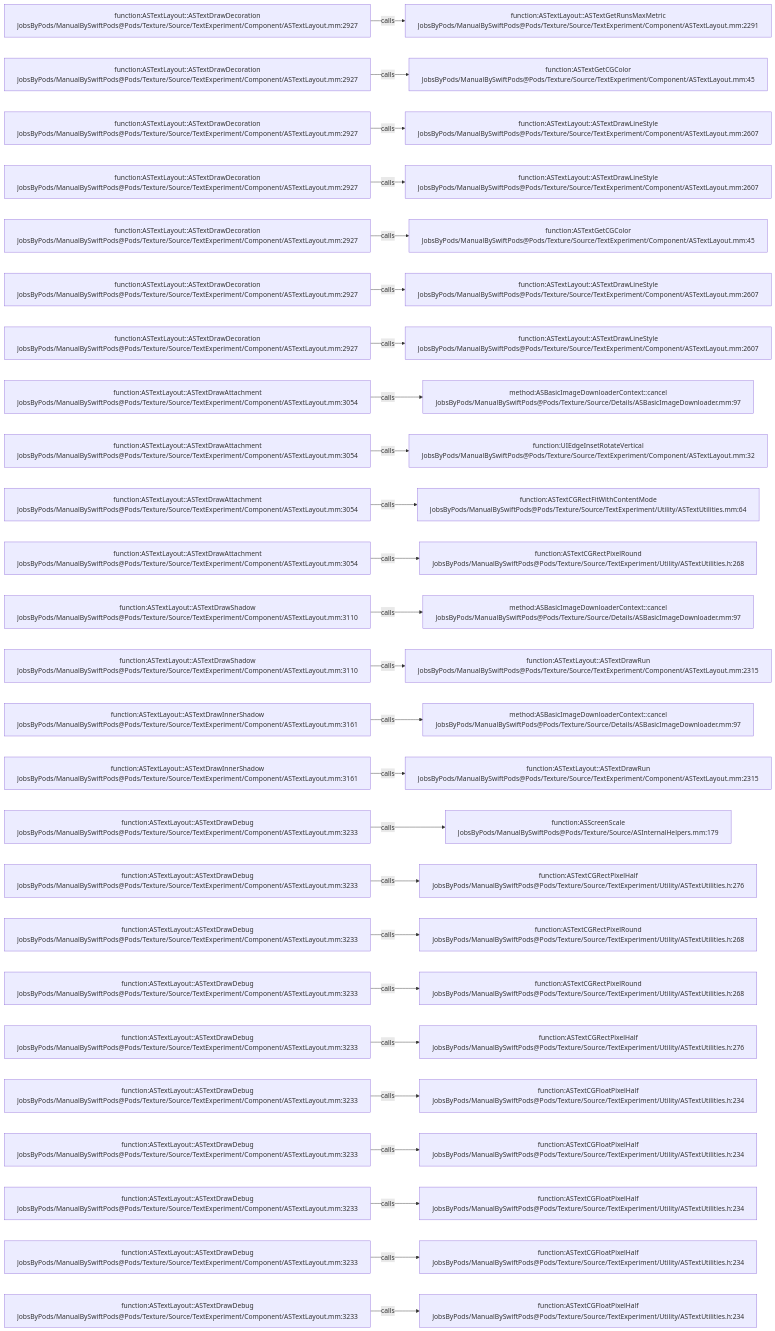
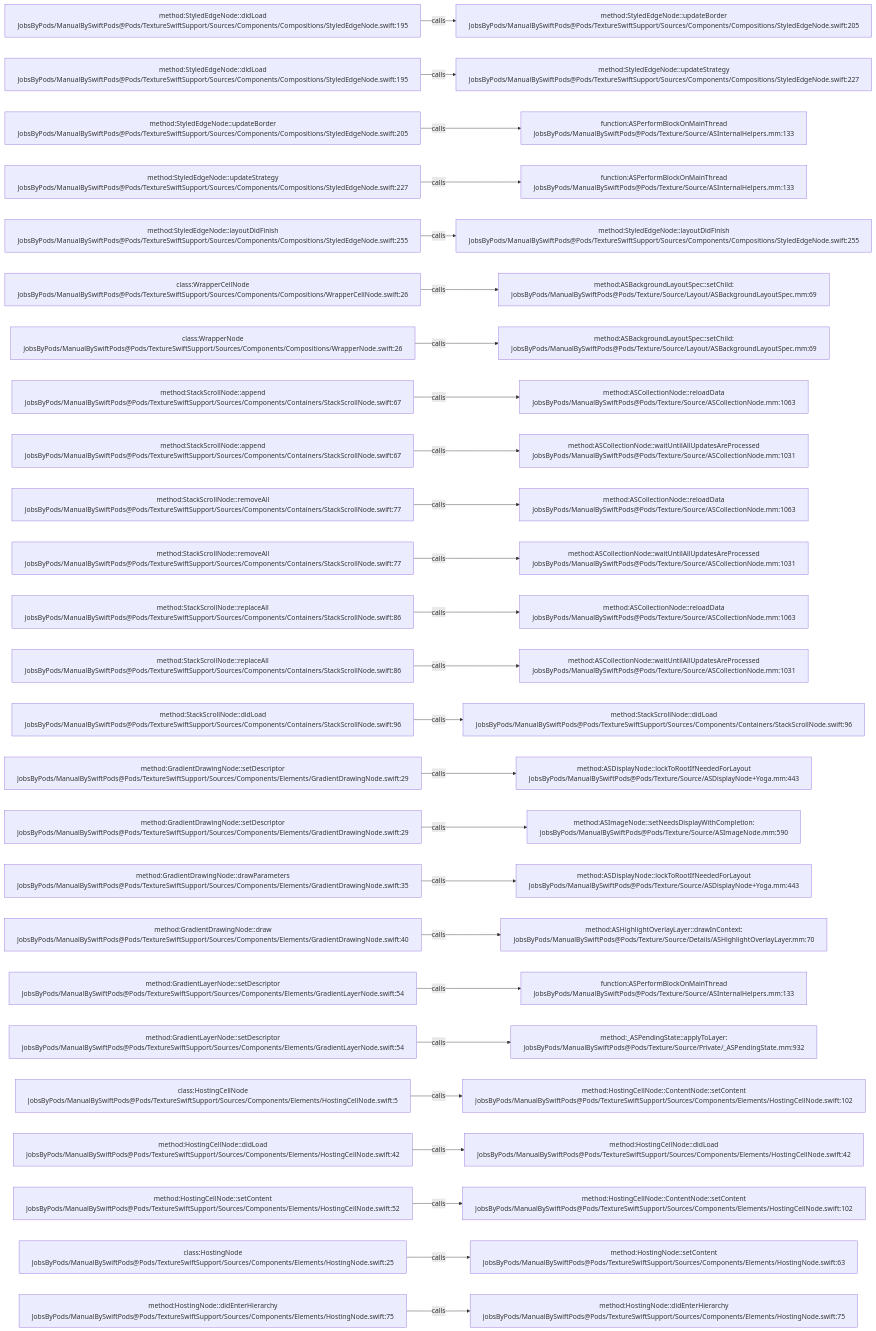
Before and after one commit to JobsKits/JobsSwiftBaseConfigDemo: the diagram in .codegraph/codegraph.md/graphs/calls-155.md, drawn with Mermaid. The commit also changed 832 other files, not shown here.

````diff
--- a/.codegraph/codegraph.md/graphs/calls-155.md
+++ b/.codegraph/codegraph.md/graphs/calls-155.md
@@ -13,78 +13,78 @@
 ```mermaid
 flowchart LR
-  S1["function:ASTextLayout::ASTextDrawDecoration<br/>JobsByPods/ManualBySwiftPods@Pods/Texture/Source/TextExperiment/Component/ASTextLayout.mm:2927"]
-  T1["function:ASTextLayout::ASTextGetRunsMaxMetric<br/>JobsByPods/ManualBySwiftPods@Pods/Texture/Source/TextExperiment/Component/ASTextLayout.mm:2291"]
+  S1["method:StyledEdgeNode::didLoad<br/>JobsByPods/ManualBySwiftPods@Pods/TextureSwiftSupport/Sources/Components/Compositions/StyledEdgeNode.swift:195"]
+  T1["method:StyledEdgeNode::updateBorder<br/>JobsByPods/ManualBySwiftPods@Pods/TextureSwiftSupport/Sources/Components/Compositions/StyledEdgeNode.swift:205"]
   S1 -->|calls| T1
-  S2["function:ASTextLayout::ASTextDrawDecoration<br/>JobsByPods/ManualBySwiftPods@Pods/Texture/Source/TextExperiment/Component/ASTextLayout.mm:2927"]
-  T2["function:ASTextGetCGColor<br/>JobsByPods/ManualBySwiftPods@Pods/Texture/Source/TextExperiment/Component/ASTextLayout.mm:45"]
+  S2["method:StyledEdgeNode::didLoad<br/>JobsByPods/ManualBySwiftPods@Pods/TextureSwiftSupport/Sources/Components/Compositions/StyledEdgeNode.swift:195"]
+  T2["method:StyledEdgeNode::updateStrategy<br/>JobsByPods/ManualBySwiftPods@Pods/TextureSwiftSupport/Sources/Components/Compositions/StyledEdgeNode.swift:227"]
   S2 -->|calls| T2
-  S3["function:ASTextLayout::ASTextDrawDecoration<br/>JobsByPods/ManualBySwiftPods@Pods/Texture/Source/TextExperiment/Component/ASTextLayout.mm:2927"]
-  T3["function:ASTextLayout::ASTextDrawLineStyle<br/>JobsByPods/ManualBySwiftPods@Pods/Texture/Source/TextExperiment/Component/ASTextLayout.mm:2607"]
+  S3["method:StyledEdgeNode::updateBorder<br/>JobsByPods/ManualBySwiftPods@Pods/TextureSwiftSupport/Sources/Components/Compositions/StyledEdgeNode.swift:205"]
+  T3["function:ASPerformBlockOnMainThread<br/>JobsByPods/ManualBySwiftPods@Pods/Texture/Source/ASInternalHelpers.mm:133"]
   S3 -->|calls| T3
-  S4["function:ASTextLayout::ASTextDrawDecoration<br/>JobsByPods/ManualBySwiftPods@Pods/Texture/Source/TextExperiment/Component/ASTextLayout.mm:2927"]
-  T4["function:ASTextLayout::ASTextDrawLineStyle<br/>JobsByPods/ManualBySwiftPods@Pods/Texture/Source/TextExperiment/Component/ASTextLayout.mm:2607"]
+  S4["method:StyledEdgeNode::updateStrategy<br/>JobsByPods/ManualBySwiftPods@Pods/TextureSwiftSupport/Sources/Components/Compositions/StyledEdgeNode.swift:227"]
+  T4["function:ASPerformBlockOnMainThread<br/>JobsByPods/ManualBySwiftPods@Pods/Texture/Source/ASInternalHelpers.mm:133"]
   S4 -->|calls| T4
-  S5["function:ASTextLayout::ASTextDrawDecoration<br/>JobsByPods/ManualBySwiftPods@Pods/Texture/Source/TextExperiment/Component/ASTextLayout.mm:2927"]
-  T5["function:ASTextGetCGColor<br/>JobsByPods/ManualBySwiftPods@Pods/Texture/Source/TextExperiment/Component/ASTextLayout.mm:45"]
+  S5["method:StyledEdgeNode::layoutDidFinish<br/>JobsByPods/ManualBySwiftPods@Pods/TextureSwiftSupport/Sources/Components/Compositions/StyledEdgeNode.swift:255"]
+  T5["method:StyledEdgeNode::layoutDidFinish<br/>JobsByPods/ManualBySwiftPods@Pods/TextureSwiftSupport/Sources/Components/Compositions/StyledEdgeNode.swift:255"]
   S5 -->|calls| T5
-  S6["function:ASTextLayout::ASTextDrawDecoration<br/>JobsByPods/ManualBySwiftPods@Pods/Texture/Source/TextExperiment/Component/ASTextLayout.mm:2927"]
-  T6["function:ASTextLayout::ASTextDrawLineStyle<br/>JobsByPods/ManualBySwiftPods@Pods/Texture/Source/TextExperiment/Component/ASTextLayout.mm:2607"]
+  S6["class:WrapperCellNode<br/>JobsByPods/ManualBySwiftPods@Pods/TextureSwiftSupport/Sources/Components/Compositions/WrapperCellNode.swift:26"]
+  T6["method:ASBackgroundLayoutSpec::setChild:<br/>JobsByPods/ManualBySwiftPods@Pods/Texture/Source/Layout/ASBackgroundLayoutSpec.mm:69"]
   S6 -->|calls| T6
-  S7["function:ASTextLayout::ASTextDrawDecoration<br/>JobsByPods/ManualBySwiftPods@Pods/Texture/Source/TextExperiment/Component/ASTextLayout.mm:2927"]
-  T7["function:ASTextLayout::ASTextDrawLineStyle<br/>JobsByPods/ManualBySwiftPods@Pods/Texture/Source/TextExperiment/Component/ASTextLayout.mm:2607"]
+  S7["class:WrapperNode<br/>JobsByPods/ManualBySwiftPods@Pods/TextureSwiftSupport/Sources/Components/Compositions/WrapperNode.swift:26"]
+  T7["method:ASBackgroundLayoutSpec::setChild:<br/>JobsByPods/ManualBySwiftPods@Pods/Texture/Source/Layout/ASBackgroundLayoutSpec.mm:69"]
   S7 -->|calls| T7
-  S8["function:ASTextLayout::ASTextDrawAttachment<br/>JobsByPods/ManualBySwiftPods@Pods/Texture/Source/TextExperiment/Component/ASTextLayout.mm:3054"]
-  T8["method:ASBasicImageDownloaderContext::cancel<br/>JobsByPods/ManualBySwiftPods@Pods/Texture/Source/Details/ASBasicImageDownloader.mm:97"]
+  S8["method:StackScrollNode::append<br/>JobsByPods/ManualBySwiftPods@Pods/TextureSwiftSupport/Sources/Components/Containers/StackScrollNode.swift:67"]
+  T8["method:ASCollectionNode::reloadData<br/>JobsByPods/ManualBySwiftPods@Pods/Texture/Source/ASCollectionNode.mm:1063"]
   S8 -->|calls| T8
-  S9["function:ASTextLayout::ASTextDrawAttachment<br/>JobsByPods/ManualBySwiftPods@Pods/Texture/Source/TextExperiment/Component/ASTextLayout.mm:3054"]
-  T9["function:UIEdgeInsetRotateVertical<br/>JobsByPods/ManualBySwiftPods@Pods/Texture/Source/TextExperiment/Component/ASTextLayout.mm:32"]
+  S9["method:StackScrollNode::append<br/>JobsByPods/ManualBySwiftPods@Pods/TextureSwiftSupport/Sources/Components/Containers/StackScrollNode.swift:67"]
+  T9["method:ASCollectionNode::waitUntilAllUpdatesAreProcessed<br/>JobsByPods/ManualBySwiftPods@Pods/Texture/Source/ASCollectionNode.mm:1031"]
   S9 -->|calls| T9
-  S10["function:ASTextLayout::ASTextDrawAttachment<br/>JobsByPods/ManualBySwiftPods@Pods/Texture/Source/TextExperiment/Component/ASTextLayout.mm:3054"]
-  T10["function:ASTextCGRectFitWithContentMode<br/>JobsByPods/ManualBySwiftPods@Pods/Texture/Source/TextExperiment/Utility/ASTextUtilities.mm:64"]
+  S10["method:StackScrollNode::removeAll<br/>JobsByPods/ManualBySwiftPods@Pods/TextureSwiftSupport/Sources/Components/Containers/StackScrollNode.swift:77"]
+  T10["method:ASCollectionNode::reloadData<br/>JobsByPods/ManualBySwiftPods@Pods/Texture/Source/ASCollectionNode.mm:1063"]
   S10 -->|calls| T10
-  S11["function:ASTextLayout::ASTextDrawAttachment<br/>JobsByPods/ManualBySwiftPods@Pods/Texture/Source/TextExperiment/Component/ASTextLayout.mm:3054"]
-  T11["function:ASTextCGRectPixelRound<br/>JobsByPods/ManualBySwiftPods@Pods/Texture/Source/TextExperiment/Utility/ASTextUtilities.h:268"]
+  S11["method:StackScrollNode::removeAll<br/>JobsByPods/ManualBySwiftPods@Pods/TextureSwiftSupport/Sources/Components/Containers/StackScrollNode.swift:77"]
+  T11["method:ASCollectionNode::waitUntilAllUpdatesAreProcessed<br/>JobsByPods/ManualBySwiftPods@Pods/Texture/Source/ASCollectionNode.mm:1031"]
   S11 -->|calls| T11
-  S12["function:ASTextLayout::ASTextDrawShadow<br/>JobsByPods/ManualBySwiftPods@Pods/Texture/Source/TextExperiment/Component/ASTextLayout.mm:3110"]
-  T12["method:ASBasicImageDownloaderContext::cancel<br/>JobsByPods/ManualBySwiftPods@Pods/Texture/Source/Details/ASBasicImageDownloader.mm:97"]
+  S12["method:StackScrollNode::replaceAll<br/>JobsByPods/ManualBySwiftPods@Pods/TextureSwiftSupport/Sources/Components/Containers/StackScrollNode.swift:86"]
+  T12["method:ASCollectionNode::reloadData<br/>JobsByPods/ManualBySwiftPods@Pods/Texture/Source/ASCollectionNode.mm:1063"]
   S12 -->|calls| T12
-  S13["function:ASTextLayout::ASTextDrawShadow<br/>JobsByPods/ManualBySwiftPods@Pods/Texture/Source/TextExperiment/Component/ASTextLayout.mm:3110"]
-  T13["function:ASTextLayout::ASTextDrawRun<br/>JobsByPods/ManualBySwiftPods@Pods/Texture/Source/TextExperiment/Component/ASTextLayout.mm:2315"]
+  S13["method:StackScrollNode::replaceAll<br/>JobsByPods/ManualBySwiftPods@Pods/TextureSwiftSupport/Sources/Components/Containers/StackScrollNode.swift:86"]
+  T13["method:ASCollectionNode::waitUntilAllUpdatesAreProcessed<br/>JobsByPods/ManualBySwiftPods@Pods/Texture/Source/ASCollectionNode.mm:1031"]
   S13 -->|calls| T13
-  S14["function:ASTextLayout::ASTextDrawInnerShadow<br/>JobsByPods/ManualBySwiftPods@Pods/Texture/Source/TextExperiment/Component/ASTextLayout.mm:3161"]
-  T14["method:ASBasicImageDownloaderContext::cancel<br/>JobsByPods/ManualBySwiftPods@Pods/Texture/Source/Details/ASBasicImageDownloader.mm:97"]
+  S14["method:StackScrollNode::didLoad<br/>JobsByPods/ManualBySwiftPods@Pods/TextureSwiftSupport/Sources/Components/Containers/StackScrollNode.swift:96"]
+  T14["method:StackScrollNode::didLoad<br/>JobsByPods/ManualBySwiftPods@Pods/TextureSwiftSupport/Sources/Components/Containers/StackScrollNode.swift:96"]
   S14 -->|calls| T14
-  S15["function:ASTextLayout::ASTextDrawInnerShadow<br/>JobsByPods/ManualBySwiftPods@Pods/Texture/Source/TextExperiment/Component/ASTextLayout.mm:3161"]
-  T15["function:ASTextLayout::ASTextDrawRun<br/>JobsByPods/ManualBySwiftPods@Pods/Texture/Source/TextExperiment/Component/ASTextLayout.mm:2315"]
+  S15["method:GradientDrawingNode::setDescriptor<br/>JobsByPods/ManualBySwiftPods@Pods/TextureSwiftSupport/Sources/Components/Elements/GradientDrawingNode.swift:29"]
+  T15["method:ASDisplayNode::lockToRootIfNeededForLayout<br/>JobsByPods/ManualBySwiftPods@Pods/Texture/Source/ASDisplayNode+Yoga.mm:443"]
   S15 -->|calls| T15
-  S16["function:ASTextLayout::ASTextDrawDebug<br/>JobsByPods/ManualBySwiftPods@Pods/Texture/Source/TextExperiment/Component/ASTextLayout.mm:3233"]
-  T16["function:ASScreenScale<br/>JobsByPods/ManualBySwiftPods@Pods/Texture/Source/ASInternalHelpers.mm:179"]
+  S16["method:GradientDrawingNode::setDescriptor<br/>JobsByPods/ManualBySwiftPods@Pods/TextureSwiftSupport/Sources/Components/Elements/GradientDrawingNode.swift:29"]
+  T16["method:ASImageNode::setNeedsDisplayWithCompletion:<br/>JobsByPods/ManualBySwiftPods@Pods/Texture/Source/ASImageNode.mm:590"]
   S16 -->|calls| T16
-  S17["function:ASTextLayout::ASTextDrawDebug<br/>JobsByPods/ManualBySwiftPods@Pods/Texture/Source/TextExperiment/Component/ASTextLayout.mm:3233"]
-  T17["function:ASTextCGRectPixelHalf<br/>JobsByPods/ManualBySwiftPods@Pods/Texture/Source/TextExperiment/Utility/ASTextUtilities.h:276"]
+  S17["method:GradientDrawingNode::drawParameters<br/>JobsByPods/ManualBySwiftPods@Pods/TextureSwiftSupport/Sources/Components/Elements/GradientDrawingNode.swift:35"]
+  T17["method:ASDisplayNode::lockToRootIfNeededForLayout<br/>JobsByPods/ManualBySwiftPods@Pods/Texture/Source/ASDisplayNode+Yoga.mm:443"]
   S17 -->|calls| T17
-  S18["function:ASTextLayout::ASTextDrawDebug<br/>JobsByPods/ManualBySwiftPods@Pods/Texture/Source/TextExperiment/Component/ASTextLayout.mm:3233"]
-  T18["function:ASTextCGRectPixelRound<br/>JobsByPods/ManualBySwiftPods@Pods/Texture/Source/TextExperiment/Utility/ASTextUtilities.h:268"]
+  S18["method:GradientDrawingNode::draw<br/>JobsByPods/ManualBySwiftPods@Pods/TextureSwiftSupport/Sources/Components/Elements/GradientDrawingNode.swift:40"]
+  T18["method:ASHighlightOverlayLayer::drawInContext:<br/>JobsByPods/ManualBySwiftPods@Pods/Texture/Source/Details/ASHighlightOverlayLayer.mm:70"]
   S18 -->|calls| T18
-  S19["function:ASTextLayout::ASTextDrawDebug<br/>JobsByPods/ManualBySwiftPods@Pods/Texture/Source/TextExperiment/Component/ASTextLayout.mm:3233"]
-  T19["function:ASTextCGRectPixelRound<br/>JobsByPods/ManualBySwiftPods@Pods/Texture/Source/TextExperiment/Utility/ASTextUtilities.h:268"]
+  S19["method:GradientLayerNode::setDescriptor<br/>JobsByPods/ManualBySwiftPods@Pods/TextureSwiftSupport/Sources/Components/Elements/GradientLayerNode.swift:54"]
+  T19["function:ASPerformBlockOnMainThread<br/>JobsByPods/ManualBySwiftPods@Pods/Texture/Source/ASInternalHelpers.mm:133"]
   S19 -->|calls| T19
-  S20["function:ASTextLayout::ASTextDrawDebug<br/>JobsByPods/ManualBySwiftPods@Pods/Texture/Source/TextExperiment/Component/ASTextLayout.mm:3233"]
-  T20["function:ASTextCGRectPixelHalf<br/>JobsByPods/ManualBySwiftPods@Pods/Texture/Source/TextExperiment/Utility/ASTextUtilities.h:276"]
+  S20["method:GradientLayerNode::setDescriptor<br/>JobsByPods/ManualBySwiftPods@Pods/TextureSwiftSupport/Sources/Components/Elements/GradientLayerNode.swift:54"]
+  T20["method:_ASPendingState::applyToLayer:<br/>JobsByPods/ManualBySwiftPods@Pods/Texture/Source/Private/_ASPendingState.mm:932"]
   S20 -->|calls| T20
-  S21["function:ASTextLayout::ASTextDrawDebug<br/>JobsByPods/ManualBySwiftPods@Pods/Texture/Source/TextExperiment/Component/ASTextLayout.mm:3233"]
-  T21["function:ASTextCGFloatPixelHalf<br/>JobsByPods/ManualBySwiftPods@Pods/Texture/Source/TextExperiment/Utility/ASTextUtilities.h:234"]
+  S21["class:HostingCellNode<br/>JobsByPods/ManualBySwiftPods@Pods/TextureSwiftSupport/Sources/Components/Elements/HostingCellNode.swift:5"]
+  T21["method:HostingCellNode::ContentNode::setContent<br/>JobsByPods/ManualBySwiftPods@Pods/TextureSwiftSupport/Sources/Components/Elements/HostingCellNode.swift:102"]
   S21 -->|calls| T21
-  S22["function:ASTextLayout::ASTextDrawDebug<br/>JobsByPods/ManualBySwiftPods@Pods/Texture/Source/TextExperiment/Component/ASTextLayout.mm:3233"]
-  T22["function:ASTextCGFloatPixelHalf<br/>JobsByPods/ManualBySwiftPods@Pods/Texture/Source/TextExperiment/Utility/ASTextUtilities.h:234"]
+  S22["method:HostingCellNode::didLoad<br/>JobsByPods/ManualBySwiftPods@Pods/TextureSwiftSupport/Sources/Components/Elements/HostingCellNode.swift:42"]
+  T22["method:HostingCellNode::didLoad<br/>JobsByPods/ManualBySwiftPods@Pods/TextureSwiftSupport/Sources/Components/Elements/HostingCellNode.swift:42"]
   S22 -->|calls| T22
-  S23["function:ASTextLayout::ASTextDrawDebug<br/>JobsByPods/ManualBySwiftPods@Pods/Texture/Source/TextExperiment/Component/ASTextLayout.mm:3233"]
-  T23["function:ASTextCGFloatPixelHalf<br/>JobsByPods/ManualBySwiftPods@Pods/Texture/Source/TextExperiment/Utility/ASTextUtilities.h:234"]
+  S23["method:HostingCellNode::setContent<br/>JobsByPods/ManualBySwiftPods@Pods/TextureSwiftSupport/Sources/Components/Elements/HostingCellNode.swift:52"]
+  T23["method:HostingCellNode::ContentNode::setContent<br/>JobsByPods/ManualBySwiftPods@Pods/TextureSwiftSupport/Sources/Components/Elements/HostingCellNode.swift:102"]
   S23 -->|calls| T23
-  S24["function:ASTextLayout::ASTextDrawDebug<br/>JobsByPods/ManualBySwiftPods@Pods/Texture/Source/TextExperiment/Component/ASTextLayout.mm:3233"]
-  T24["function:ASTextCGFloatPixelHalf<br/>JobsByPods/ManualBySwiftPods@Pods/Texture/Source/TextExperiment/Utility/ASTextUtilities.h:234"]
+  S24["class:HostingNode<br/>JobsByPods/ManualBySwiftPods@Pods/TextureSwiftSupport/Sources/Components/Elements/HostingNode.swift:25"]
+  T24["method:HostingNode::setContent<br/>JobsByPods/ManualBySwiftPods@Pods/TextureSwiftSupport/Sources/Components/Elements/HostingNode.swift:63"]
   S24 -->|calls| T24
-  S25["function:ASTextLayout::ASTextDrawDebug<br/>JobsByPods/ManualBySwiftPods@Pods/Texture/Source/TextExperiment/Component/ASTextLayout.mm:3233"]
-  T25["function:ASTextCGFloatPixelHalf<br/>JobsByPods/ManualBySwiftPods@Pods/Texture/Source/TextExperiment/Utility/ASTextUtilities.h:234"]
+  S25["method:HostingNode::didEnterHierarchy<br/>JobsByPods/ManualBySwiftPods@Pods/TextureSwiftSupport/Sources/Components/Elements/HostingNode.swift:75"]
+  T25["method:HostingNode::didEnterHierarchy<br/>JobsByPods/ManualBySwiftPods@Pods/TextureSwiftSupport/Sources/Components/Elements/HostingNode.swift:75"]
   S25 -->|calls| T25
 ```
````
